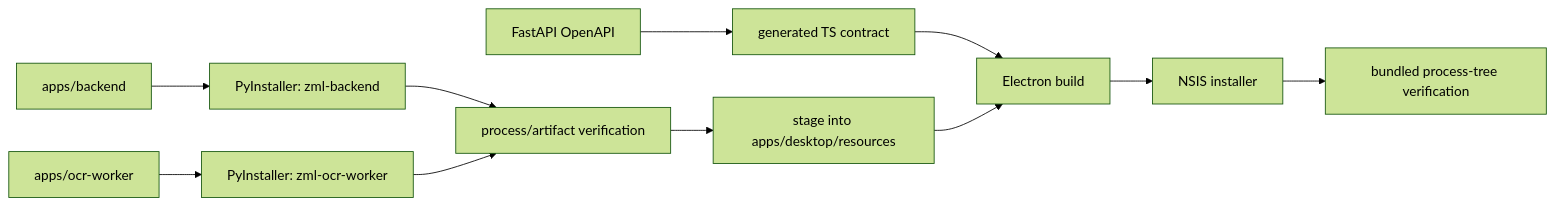
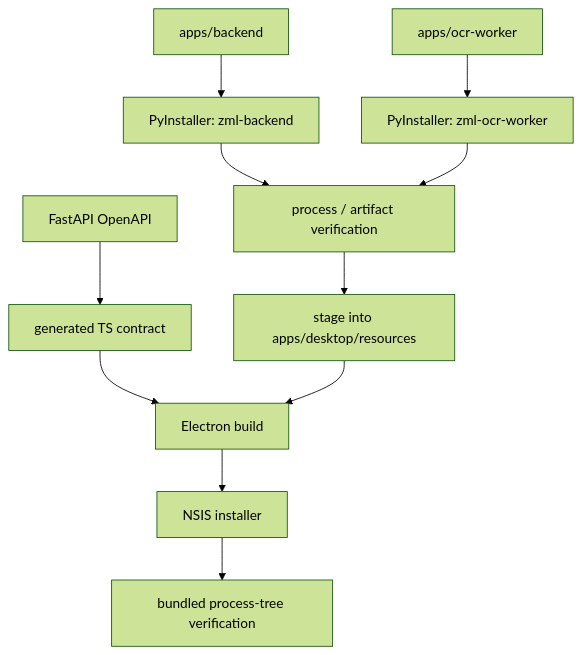
Before and after one commit to PatrykCieszynski/ZML: the diagram in docs/packaging.md, drawn with Mermaid (forest theme).

Commit message:
Make packaging flow vertical

````diff
--- a/docs/packaging.md
+++ b/docs/packaging.md
@@ -9,13 +9,17 @@
 ```mermaid
-flowchart LR
+flowchart TB
     BackendSrc[apps/backend] --> BackendExe[PyInstaller: zml-backend]
     WorkerSrc[apps/ocr-worker] --> WorkerExe[PyInstaller: zml-ocr-worker]
-    BackendExe --> Verify[process/artifact verification]
+
+    BackendExe --> Verify[process / artifact verification]
     WorkerExe --> Verify
+
     Verify --> Stage[stage into apps/desktop/resources]
+
     Api[FastAPI OpenAPI] --> Contract[generated TS contract]
     Contract --> DesktopBuild[Electron build]
     Stage --> DesktopBuild
+
     DesktopBuild --> Installer[NSIS installer]
     Installer --> BundledVerify[bundled process-tree verification]
 ```
````
